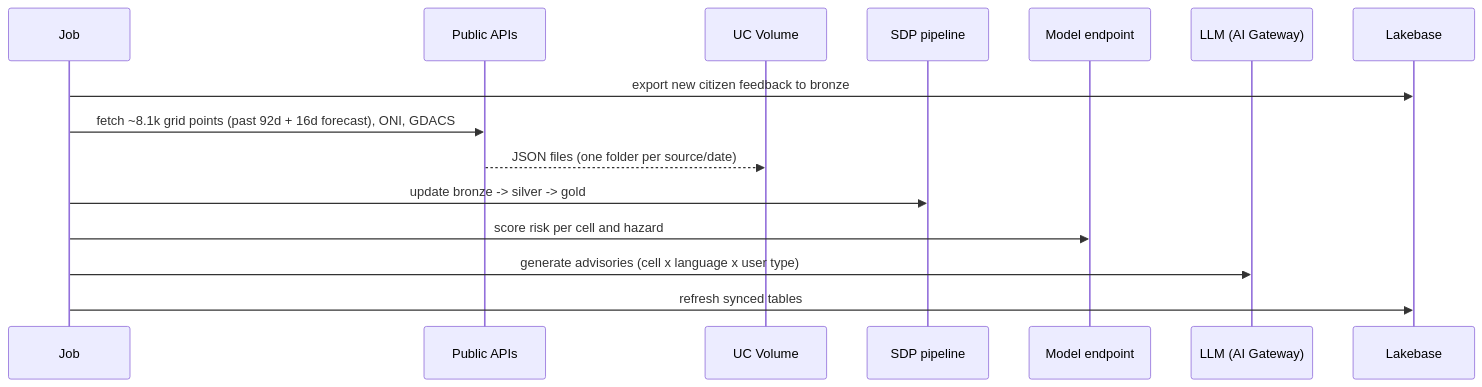
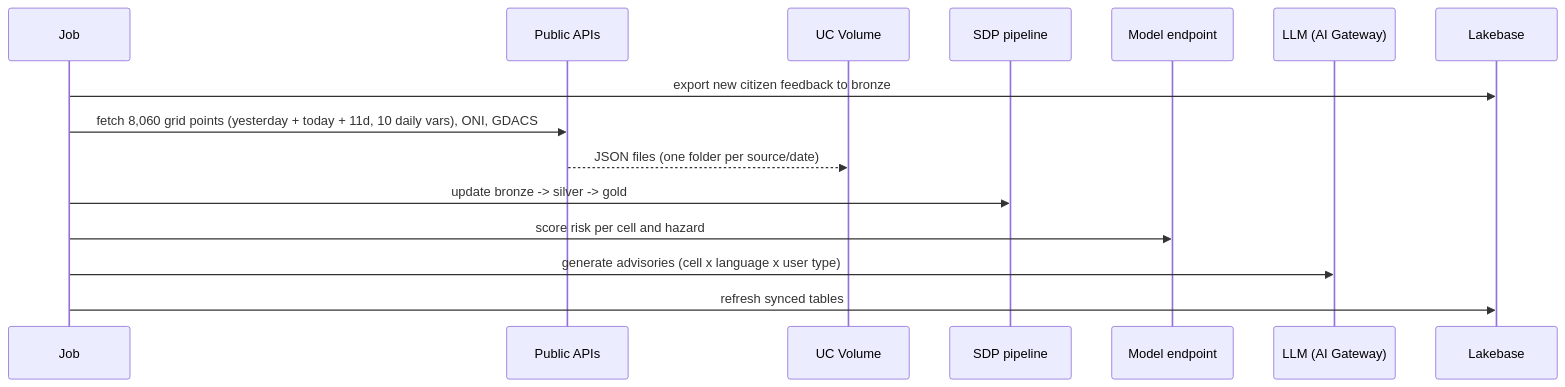
The third of 5 diagrams in e2e_industry_solutions/weather_forecast_warning_comms/ARCHITECTURE.md (jose-alberto-salazar-jimenez/databricks_demos), drawn with Mermaid before and after one commit. The commit also changed other lines of this file and 8 other files, not shown here.

````diff
--- a/e2e_industry_solutions/weather_forecast_warning_comms/ARCHITECTURE.md
+++ b/e2e_industry_solutions/weather_forecast_warning_comms/ARCHITECTURE.md
@@ -52,17 +52,17 @@
 ```mermaid
 sequenceDiagram
   participant J as Job
   participant API as Public APIs
   participant V as UC Volume
   participant P as SDP pipeline
   participant M as Model endpoint
   participant L as LLM (AI Gateway)
   participant LB as Lakebase
   J->>LB: export new citizen feedback to bronze
-  J->>API: fetch ~8.1k grid points (past 92d + 16d forecast), ONI, GDACS
+  J->>API: fetch 8,060 grid points (yesterday + today + 11d, 10 daily vars), ONI, GDACS
   API-->>V: JSON files (one folder per source/date)
   J->>P: update bronze -> silver -> gold
   J->>M: score risk per cell and hazard
   J->>L: generate advisories (cell x language x user type)
   J->>LB: refresh synced tables
 ```
````
